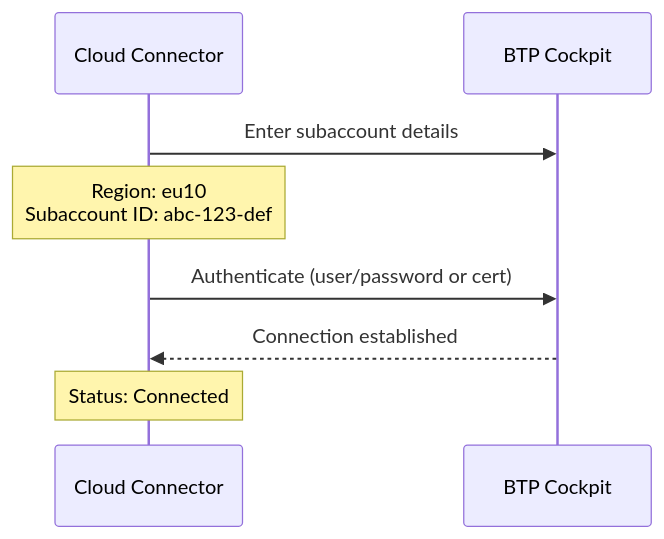
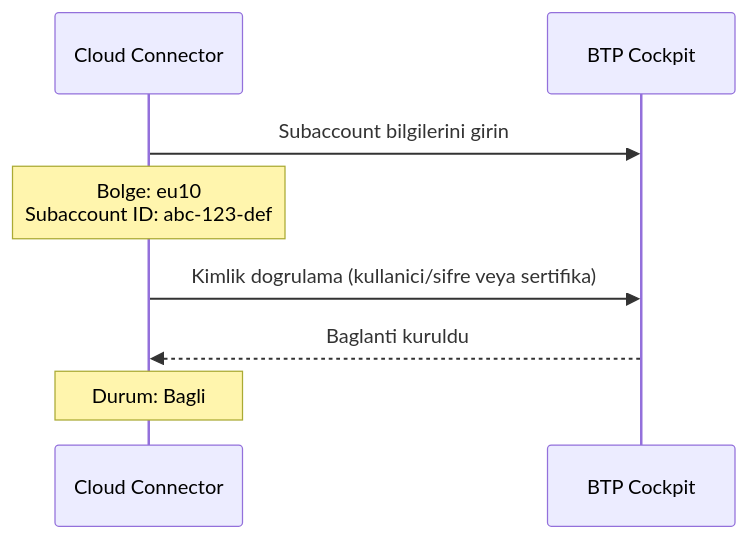
The second of 8 diagrams in Technical Tutorials/BTP/TR/chapters/16-cloud-connector.md (beyhanmeyrali/sap-all), drawn with Mermaid before and after one commit. The commit also changed other lines of this file and 11 other files, not shown here.

````diff
--- a/Technical Tutorials/BTP/TR/chapters/16-cloud-connector.md
+++ b/Technical Tutorials/BTP/TR/chapters/16-cloud-connector.md
@@ -96,11 +96,11 @@
 ```mermaid
 sequenceDiagram
     participant CC as Cloud Connector
     participant BTP as BTP Cockpit
 
-    CC->>BTP: Enter subaccount details
-    Note over CC: Region: eu10<br/>Subaccount ID: abc-123-def
-    CC->>BTP: Authenticate (user/password or cert)
-    BTP-->>CC: Connection established
-    Note over CC: Status: Connected
+    CC->>BTP: Subaccount bilgilerini girin
+    Note over CC: Bolge: eu10<br/>Subaccount ID: abc-123-def
+    CC->>BTP: Kimlik dogrulama (kullanici/sifre veya sertifika)
+    BTP-->>CC: Baglanti kuruldu
+    Note over CC: Durum: Bagli
 ```
````
